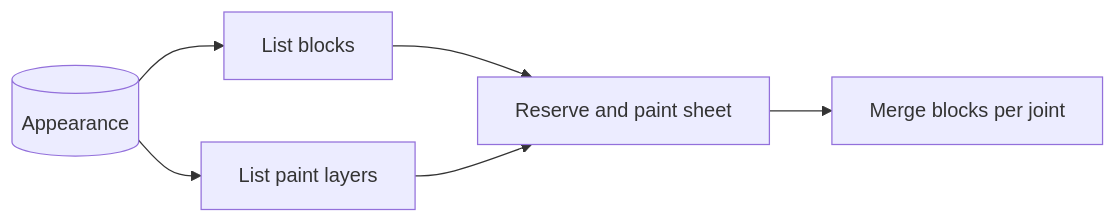
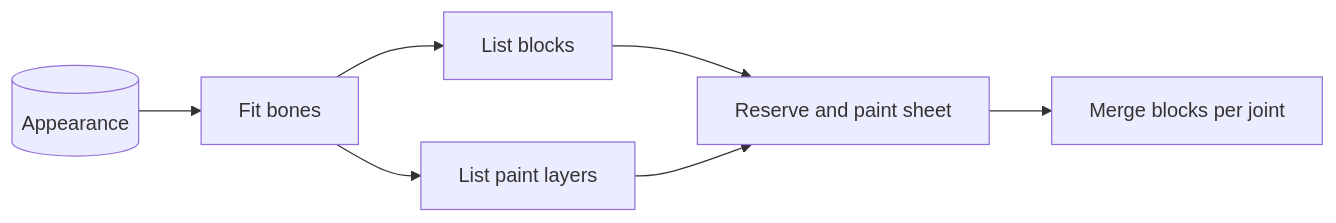
One commit to booshie-uuid/foreverquest changed the first of 2 diagrams in docs/character-kit.md. Above: the diagram before and after it, drawn with Mermaid. The commit also changed other lines of this file and 55 other files, not shown here.

````diff
--- a/docs/character-kit.md
+++ b/docs/character-kit.md
@@ -9,17 +11,19 @@
 ```mermaid
 flowchart LR
     accTitle: Character Rebuild
-    accDescr: The kit lists body and part blocks, the outfit lists paint layers, the sheet reserves and paints a texture area for every block face, and the model merges each joint's blocks into one mesh
+    accDescr: The fitter sizes the bones from the rig and body, the kit lists part blocks, the outfit lists paint layers, the sheet reserves and paints a texture area for every block face, and the model merges each joint's blocks into one mesh
 
     appearance[(Appearance)]
+    fit_bones[Fit bones]
     list_blocks[List blocks]
     list_layers[List paint layers]
     paint_sheet[Reserve and paint sheet]
     merge_meshes[Merge blocks per joint]
 
-    appearance --> list_blocks
-    appearance --> list_layers
+    appearance --> fit_bones
+    fit_bones --> list_blocks
+    fit_bones --> list_layers
     list_blocks --> paint_sheet
     list_layers --> paint_sheet
     paint_sheet --> merge_meshes
 ```
````
